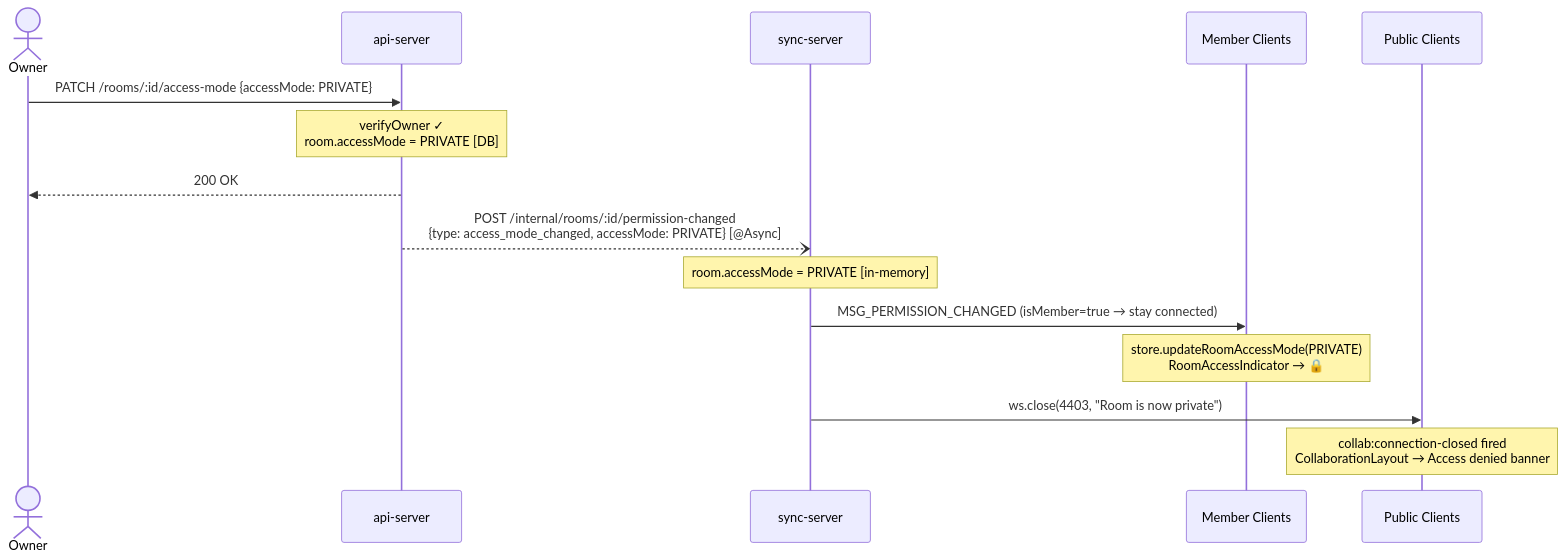
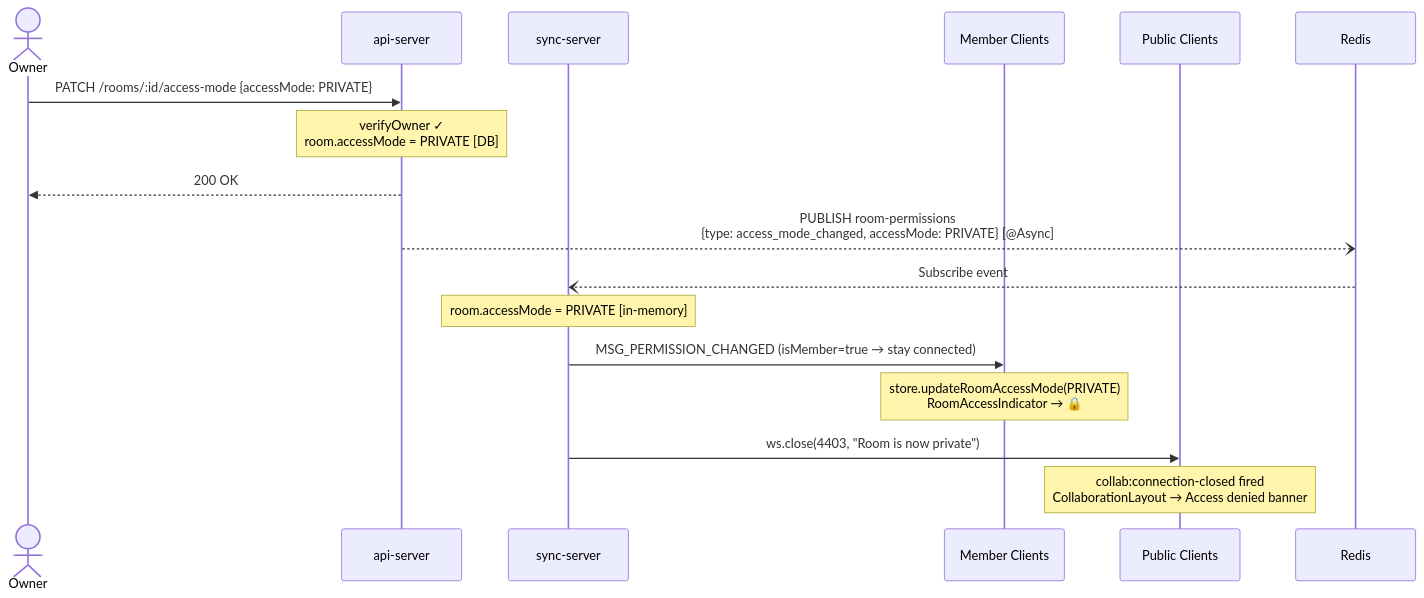
The seventh of 11 diagrams in docs/architecture.md (sonsonson110/collab-text-editor), drawn with Mermaid before and after one commit. The commit also changed other lines of this file and 3 other files, not shown here.

````diff
--- a/docs/architecture.md
+++ b/docs/architecture.md
@@ -464,21 +468,22 @@
 ```mermaid
 sequenceDiagram
     actor Owner
     participant api as api-server
     participant sync as sync-server
     participant Members as Member Clients
     participant Public as Public Clients
 
     Owner->>api: PATCH /rooms/:id/access-mode {accessMode: PRIVATE}
     Note over api: verifyOwner ✓<br/>room.accessMode = PRIVATE [DB]
     api-->>Owner: 200 OK
-    api--)sync: POST /internal/rooms/:id/permission-changed<br/>{type: access_mode_changed, accessMode: PRIVATE} [@Async]
+    api--)Redis: PUBLISH room-permissions<br/>{type: access_mode_changed, accessMode: PRIVATE} [@Async]
+    Redis--)sync: Subscribe event
 
     Note over sync: room.accessMode = PRIVATE [in-memory]
 
     sync->>Members: MSG_PERMISSION_CHANGED (isMember=true → stay connected)
     Note over Members: store.updateRoomAccessMode(PRIVATE)<br/>RoomAccessIndicator → 🔒
 
     sync->>Public: ws.close(4403, "Room is now private")
     Note over Public: collab:connection-closed fired<br/>CollaborationLayout → Access denied banner
 ```
````
